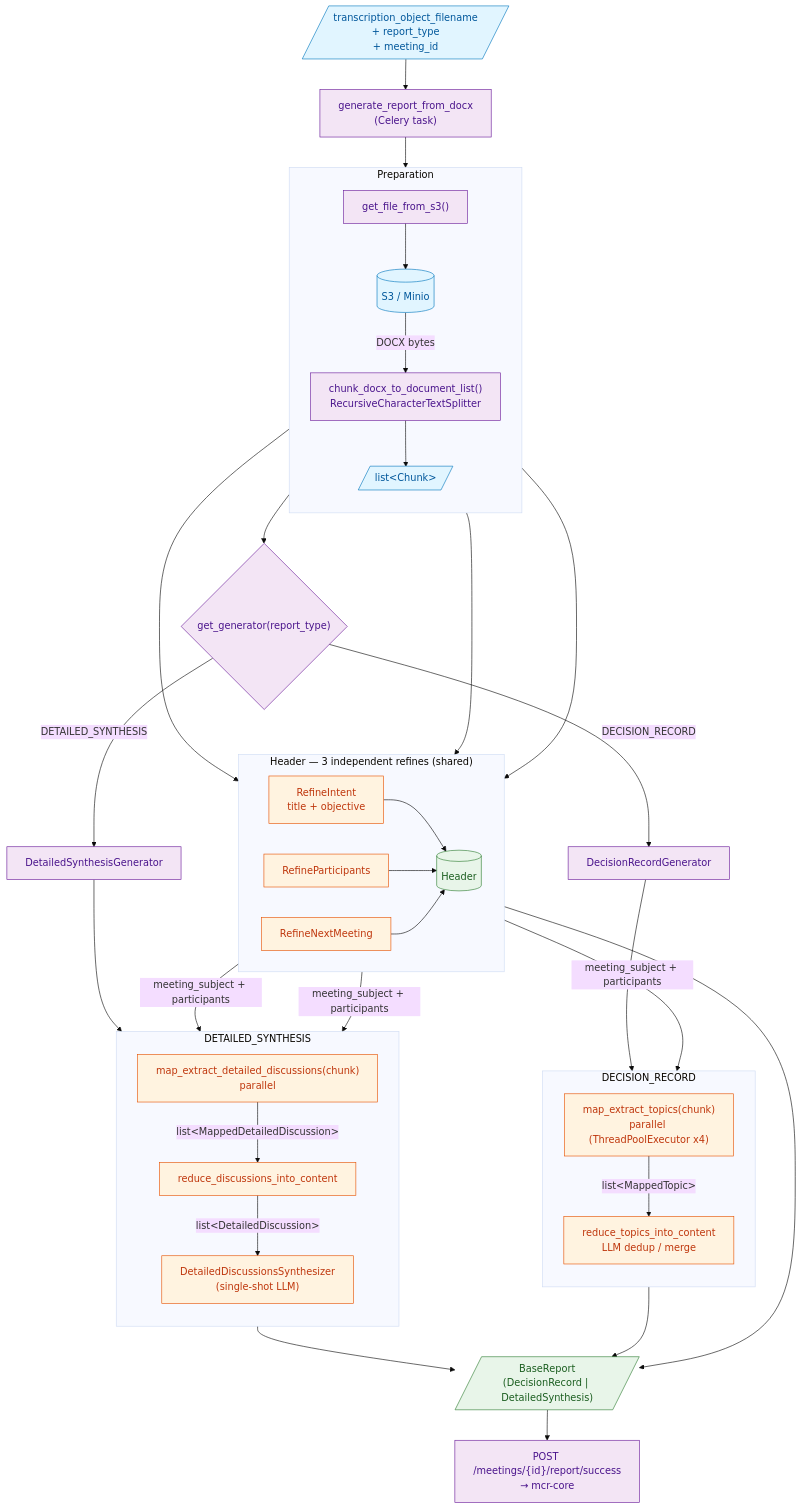
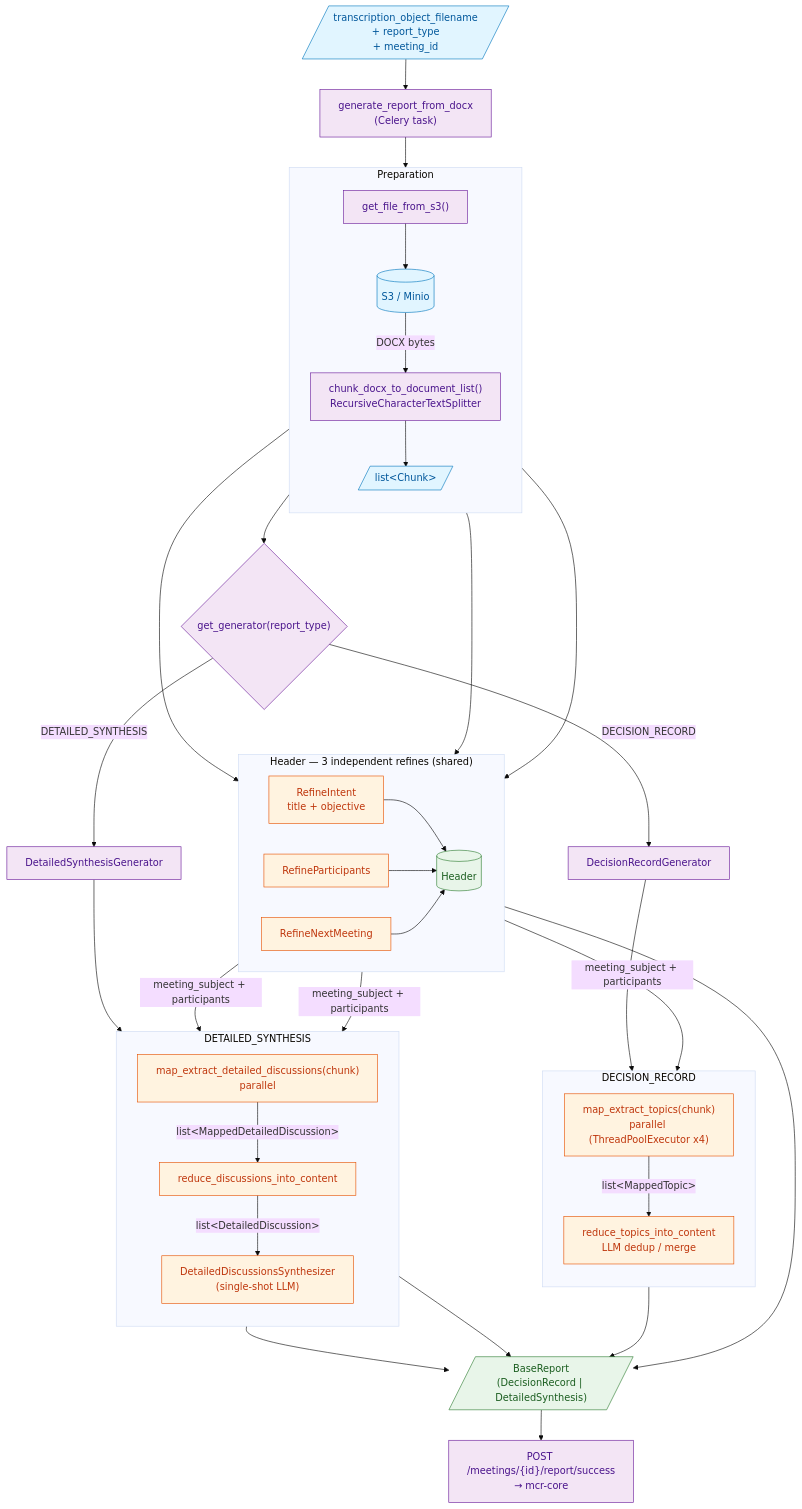
The diagram in mcr-generation/mcr_generation/docs/generation_pipeline.md (IA-Generative/mcr), drawn with Mermaid (base theme) before and after one commit.

Commit message:
:books: (634): add missing R2 -> OUT edge in pipeline diagram
reduce_discussions_into_content feeds BaseReport just like
DetailedDiscussionsSynthesizer does. The Mermaid diagram was missing
this edge.

````diff
--- a/mcr-generation/mcr_generation/docs/generation_pipeline.md
+++ b/mcr-generation/mcr_generation/docs/generation_pipeline.md
@@ -16,78 +16,79 @@
 ```mermaid
 flowchart TB
     accTitle: MCR report generation pipeline
     accDescr {
       Flow of the generate_report_from_docx Celery task:
       download the transcription from S3, split into chunks,
       pick a generator based on report_type, extract content via
       refine or map-reduce, return a structured report.
     }
 
     classDef io fill:#e1f5ff,stroke:#0277bd,color:#01579b
     classDef proc fill:#f3e5f5,stroke:#6a1b9a,color:#4a148c
     classDef llm fill:#fff3e0,stroke:#e65100,color:#bf360c
     classDef out fill:#e8f5e9,stroke:#2e7d32,color:#1b5e20
 
     %% Input
     IN[/"transcription_object_filename<br/>+ report_type<br/>+ meeting_id"/]:::io
     IN --> TASK["generate_report_from_docx<br/>(Celery task)"]:::proc
 
     %% Preparation
     subgraph PREP["Preparation"]
       direction TB
       FETCH["get_file_from_s3()"]:::proc
       S3[("S3 / Minio")]:::io
       CHUNK["chunk_docx_to_document_list()<br/>RecursiveCharacterTextSplitter"]:::proc
       CHUNKS[/"list&lt;Chunk&gt;"/]:::io
       FETCH --> S3 -->|"DOCX bytes"| CHUNK --> CHUNKS
     end
     TASK --> FETCH
 
     %% Header (shared — same logic regardless of report_type)
     subgraph HEADER["Header — 3 independent refines (shared)"]
       direction LR
       RI["RefineIntent<br/>title + objective"]:::llm
       RP["RefineParticipants"]:::llm
       RN["RefineNextMeeting"]:::llm
       H[("Header")]:::out
       RI --> H
       RP --> H
       RN --> H
     end
     CHUNKS --> RI & RP & RN
 
     %% Generator selection (drives content extraction only)
     CHUNKS --> FACTORY{"get_generator(report_type)"}:::proc
     FACTORY -->|"DECISION_RECORD"| GEN1["DecisionRecordGenerator"]:::proc
     FACTORY -->|"DETAILED_SYNTHESIS"| GEN2["DetailedSynthesisGenerator"]:::proc
 
     %% DECISION_RECORD branch
     subgraph MR_TOPICS["DECISION_RECORD"]
       direction TB
       M1["map_extract_topics(chunk)<br/>parallel (ThreadPoolExecutor x4)"]:::llm
       R1["reduce_topics_into_content<br/>LLM dedup / merge"]:::llm
       M1 -->|"list&lt;MappedTopic&gt;"| R1
     end
     GEN1 --> M1
     H -->|"meeting_subject + participants"| M1
 
     %% DETAILED_SYNTHESIS branch
     subgraph MR_DISC["DETAILED_SYNTHESIS"]
       direction TB
       M2["map_extract_detailed_discussions(chunk)<br/>parallel"]:::llm
       R2["reduce_discussions_into_content"]:::llm
       SY["DetailedDiscussionsSynthesizer<br/>(single-shot LLM)"]:::llm
       M2 -->|"list&lt;MappedDetailedDiscussion&gt;"| R2
       R2 -->|"list&lt;DetailedDiscussion&gt;"| SY
     end
     GEN2 --> M2
     H -->|"meeting_subject + participants"| M2
     H -->|"meeting_subject + participants"| SY
 
     %% Output
     OUT[/"BaseReport<br/>(DecisionRecord | DetailedSynthesis)"/]:::out
     H --> OUT
     R1 --> OUT
+    R2 --> OUT
     SY --> OUT
     OUT --> POST["POST /meetings/{id}/report/success<br/>→ mcr-core"]:::proc
 ```
````
